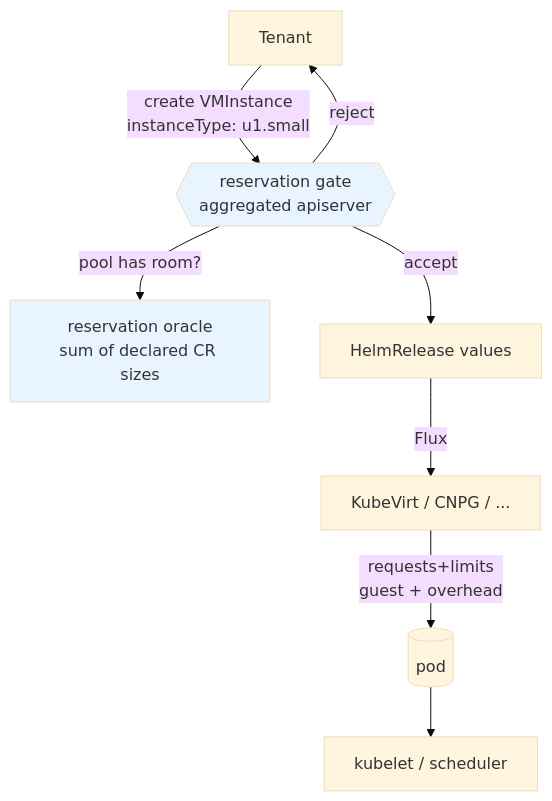
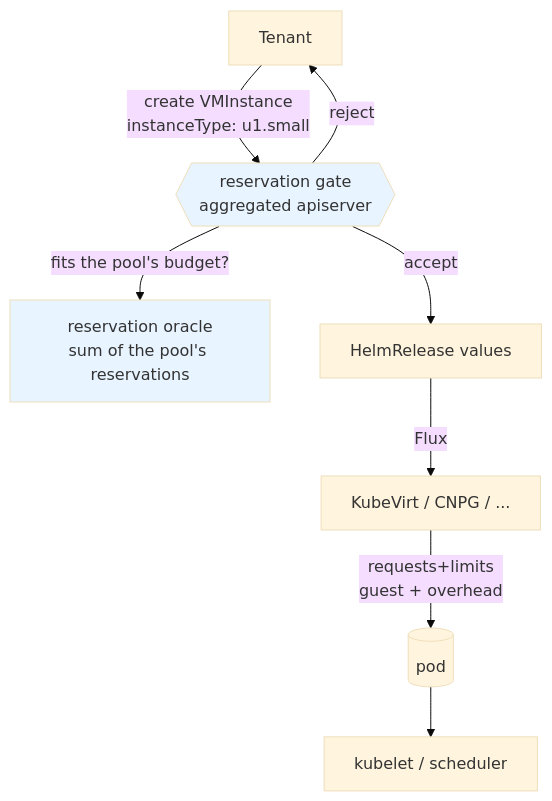
The diagram in design-proposals/tenant-quota-reservation/README.md (cozystack/community), drawn with Mermaid (base theme) before and after one commit. The commit also changed other lines of this file, not shown here.

````diff
--- a/design-proposals/tenant-quota-reservation/README.md
+++ b/design-proposals/tenant-quota-reservation/README.md
@@ -142,13 +154,13 @@
 ```mermaid
 flowchart TD
     T[Tenant] -- "create VMInstance<br/>instanceType: u1.small" --> GATE{{"reservation gate<br/>aggregated apiserver"}}
-    GATE -- "pool has room?" --> AGG["reservation oracle<br/>sum of declared CR sizes"]
+    GATE -- "fits the pool's budget?" --> AGG["reservation oracle<br/>sum of the pool's reservations"]
     GATE -- reject --> T
     GATE -- accept --> HR[HelmRelease values]
     HR -- Flux --> OP[KubeVirt / CNPG / ...]
     OP -- "requests+limits<br/>guest + overhead" --> POD[(pod)]
     POD --> NODE[kubelet / scheduler]
 
     style GATE fill:#e8f4ff
     style AGG fill:#e8f4ff
 ```
````
